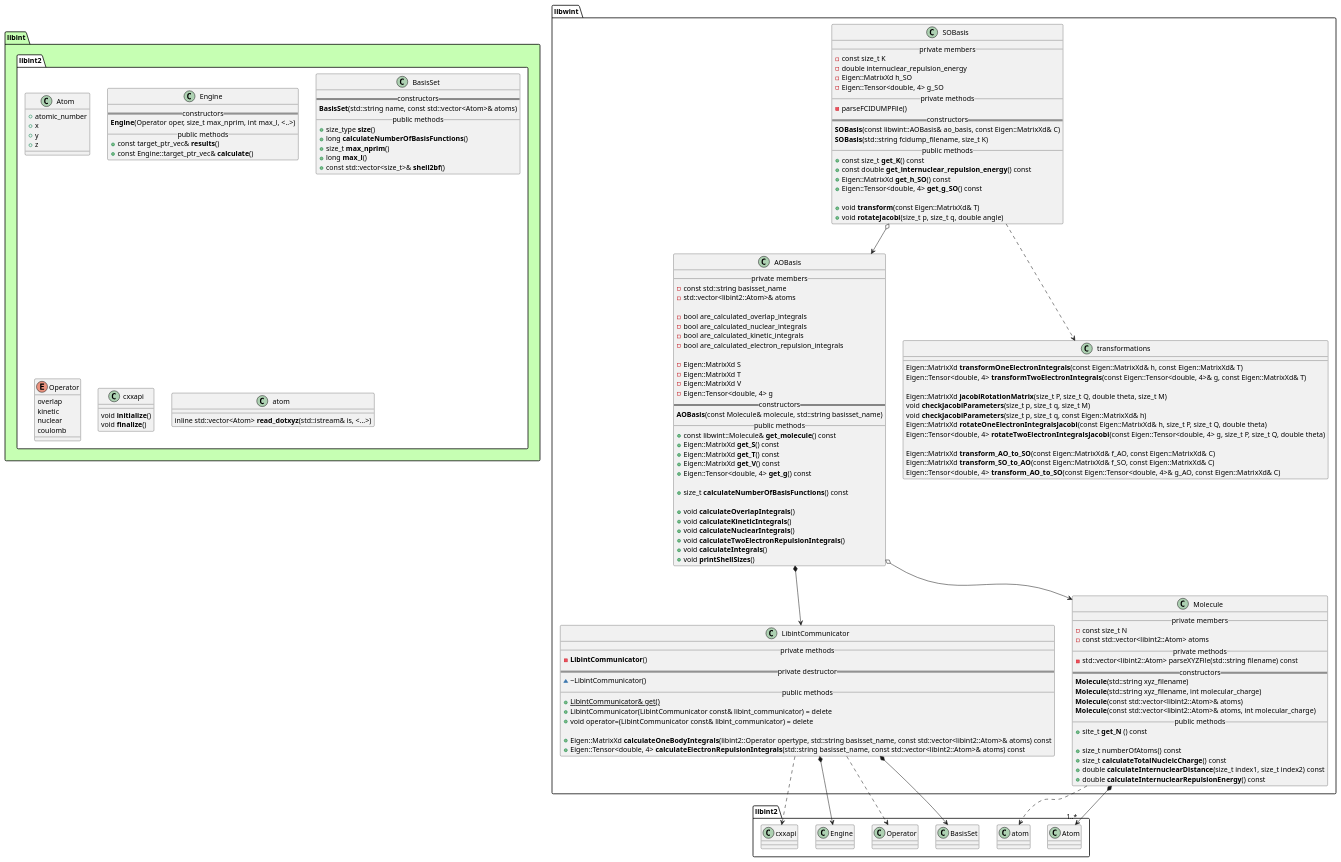
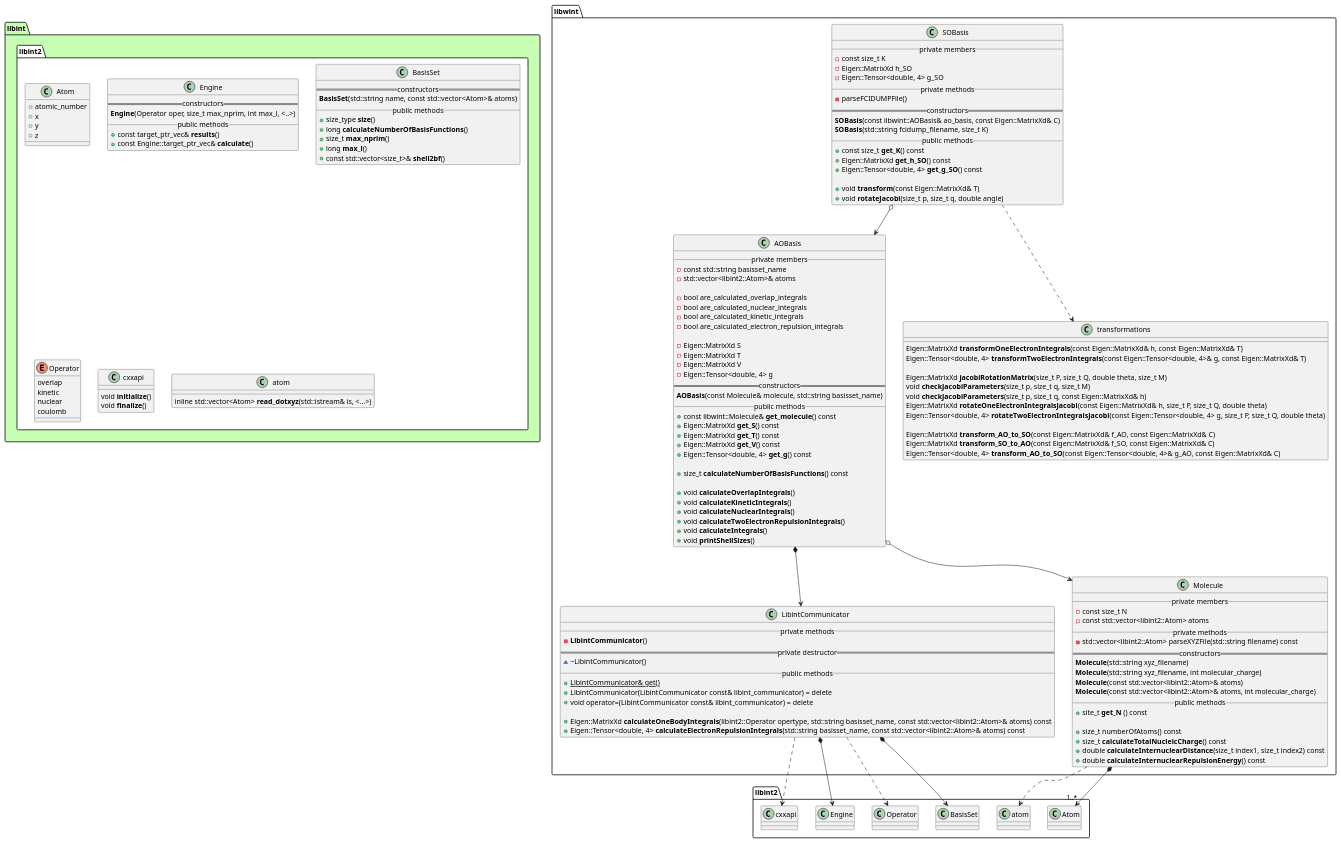
The diagram in docs/libwint.puml (tmhuysen/libwint), drawn with PlantUML before and after one commit. The commit also changed 4 other files, not shown here.

```diff
--- a/docs/libwint.puml
+++ b/docs/libwint.puml
@@ -1,183 +1,181 @@
 @startuml
 
 
 
 package libint #c6ffb3 {
     namespace libint2 #ffffff {
         class Atom {
             + atomic_number
             + x
             + y
             + z
         }
 
         class Engine {
             == constructors ==
                 **Engine**(Operator oper, size_t max_nprim, int max_l, <..>)
             __ public methods __
                 + const target_ptr_vec& **results**()
                 + const Engine::target_ptr_vec& **calculate**()
         }
 
         class BasisSet {
             == constructors ==
                 **BasisSet**(std::string name, const std::vector<Atom>& atoms)
             __ public methods __
                 + size_type **size**()
                 + long **calculateNumberOfBasisFunctions**()
                 + size_t **max_nprim**()
                 + long **max_l**()
                 + const std::vector<size_t>& **shell2bf**()
         }
 
         enum Operator {
             overlap
             kinetic
             nuclear
             coulomb
         }
 
         class cxxapi {
                 void **initialize**()
                 void **finalize**()
         }
 
         class atom {
             inline std::vector<Atom> **read_dotxyz**(std::istream& is, <...>)
         }
     }
 }
 
 
 
 
 namespace libwint {
 
     class AOBasis {
         __ private members __
             - const std::string basisset_name
             - std::vector<libint2::Atom>& atoms
 
             - bool are_calculated_overlap_integrals
             - bool are_calculated_nuclear_integrals
             - bool are_calculated_kinetic_integrals
             - bool are_calculated_electron_repulsion_integrals
 
             - Eigen::MatrixXd S
             - Eigen::MatrixXd T
             - Eigen::MatrixXd V
             - Eigen::Tensor<double, 4> g
         == constructors ==
             **AOBasis**(const Molecule& molecule, std::string basisset_name)
         __ public methods __
             + const libwint::Molecule& **get_molecule**() const
             + Eigen::MatrixXd **get_S**() const
             + Eigen::MatrixXd **get_T**() const
             + Eigen::MatrixXd **get_V**() const
             + Eigen::Tensor<double, 4> **get_g**() const
 
             + size_t **calculateNumberOfBasisFunctions**() const
 
             + void **calculateOverlapIntegrals**()
             + void **calculateKineticIntegrals**()
             + void **calculateNuclearIntegrals**()
             + void **calculateTwoElectronRepulsionIntegrals**()
             + void **calculateIntegrals**()
             + void **printShellSizes**()
     }
 
 
     class SOBasis {
         __ private members __
             - const size_t K
-            - double internuclear_repulsion_energy
             - Eigen::MatrixXd h_SO
             - Eigen::Tensor<double, 4> g_SO
         __ private methods __
             - parseFCIDUMPFile()
         == constructors ==
             **SOBasis**(const libwint::AOBasis& ao_basis, const Eigen::MatrixXd& C)
             **SOBasis**(std::string fcidump_filename, size_t K)
         __ public methods __
             + const size_t **get_K**() const
-            + const double **get_internuclear_repulsion_energy**() const
             + Eigen::MatrixXd **get_h_SO**() const
             + Eigen::Tensor<double, 4> **get_g_SO**() const
 
             + void **transform**(const Eigen::MatrixXd& T)
             + void **rotateJacobi**(size_t p, size_t q, double angle)
     }
 
 
     class transformations {
             Eigen::MatrixXd **transformOneElectronIntegrals**(const Eigen::MatrixXd& h, const Eigen::MatrixXd& T)
             Eigen::Tensor<double, 4> **transformTwoElectronIntegrals**(const Eigen::Tensor<double, 4>& g, const Eigen::MatrixXd& T)
 
             Eigen::MatrixXd **jacobiRotationMatrix**(size_t P, size_t Q, double theta, size_t M)
             void **checkJacobiParameters**(size_t p, size_t q, size_t M)
             void **checkJacobiParameters**(size_t p, size_t q, const Eigen::MatrixXd& h)
             Eigen::MatrixXd **rotateOneElectronIntegralsJacobi**(const Eigen::MatrixXd& h, size_t P, size_t Q, double theta)
             Eigen::Tensor<double, 4> **rotateTwoElectronIntegralsJacobi**(const Eigen::Tensor<double, 4> g, size_t P, size_t Q, double theta)
 
             Eigen::MatrixXd **transform_AO_to_SO**(const Eigen::MatrixXd& f_AO, const Eigen::MatrixXd& C)
             Eigen::MatrixXd **transform_SO_to_AO**(const Eigen::MatrixXd& f_SO, const Eigen::MatrixXd& C)
             Eigen::Tensor<double, 4> **transform_AO_to_SO**(const Eigen::Tensor<double, 4>& g_AO, const Eigen::MatrixXd& C)
 
     }
 
 
     class LibintCommunicator {
         __ private methods __
             - **LibintCommunicator**()
         == private destructor ==
             ~ ~LibintCommunicator()
         __ public methods __
             + {static} LibintCommunicator& get()
             + LibintCommunicator(LibintCommunicator const& libint_communicator) = delete
             + void operator=(LibintCommunicator const& libint_communicator) = delete
 
             + Eigen::MatrixXd **calculateOneBodyIntegrals**(libint2::Operator opertype, std::string basisset_name, const std::vector<libint2::Atom>& atoms) const
             + Eigen::Tensor<double, 4> **calculateElectronRepulsionIntegrals**(std::string basisset_name, const std::vector<libint2::Atom>& atoms) const
     }
 
 
     class Molecule {
         __ private members __
             - const size_t N
             - const std::vector<libint2::Atom> atoms
         __ private methods __
             - std::vector<libint2::Atom> parseXYZFile(std::string filename) const
         == constructors ==
             **Molecule**(std::string xyz_filename)
             **Molecule**(std::string xyz_filename, int molecular_charge)
             **Molecule**(const std::vector<libint2::Atom>& atoms)
             **Molecule**(const std::vector<libint2::Atom>& atoms, int molecular_charge)
         __ public methods __
             + site_t **get_N** () const
 
             + size_t numberOfAtoms() const
             + size_t **calculateTotalNucleicCharge**() const
             + double **calculateInternuclearDistance**(size_t index1, size_t index2) const
             + double **calculateInternuclearRepulsionEnergy**() const
     }
 
 }
 
 
 
 libwint.AOBasis o--> libwint.Molecule
 libwint.AOBasis *--> libwint.LibintCommunicator
 
 libwint.LibintCommunicator *--> libint2.BasisSet
 libwint.LibintCommunicator ..> libint2.Operator
 libwint.LibintCommunicator *--> libint2.Engine
 libwint.LibintCommunicator ..> libint2.cxxapi
 
 libwint.Molecule *--> "1..*" libint2.Atom
 libwint.Molecule ..> libint2.atom
 
 libwint.SOBasis ..> libwint.transformations
 libwint.SOBasis o--> libwint.AOBasis
 
 
 @enduml
```
